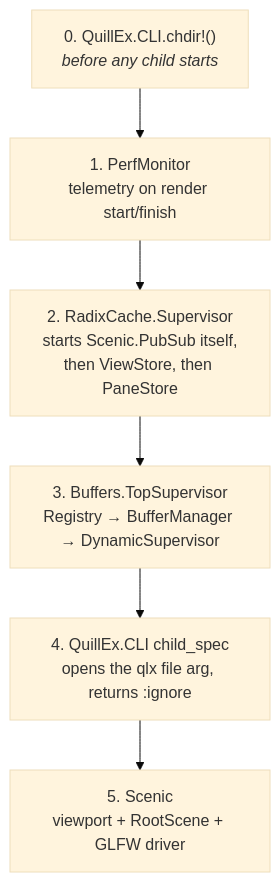
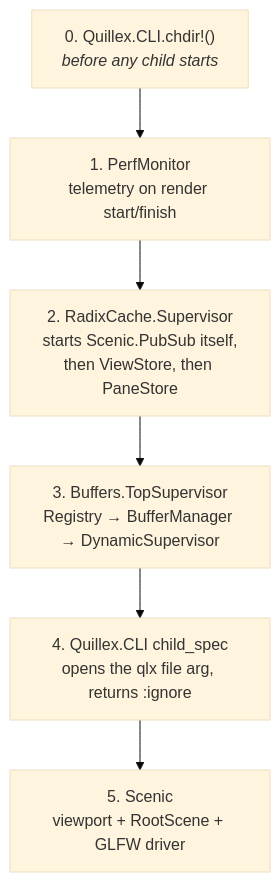
One commit to JediLuke/quillex changed the second of 3 diagrams in docs/CODEBASE_TOUR.md. Above: the diagram before and after it, drawn with Mermaid (base theme). The commit also changed other lines of this file and 105 other files, not shown here.

````diff
--- a/docs/CODEBASE_TOUR.md
+++ b/docs/CODEBASE_TOUR.md
@@ -88,9 +88,9 @@
 ```mermaid
 flowchart TD
-    A["0. QuillEx.CLI.chdir!()<br/><i>before any child starts</i>"] --> B
+    A["0. Quillex.CLI.chdir!()<br/><i>before any child starts</i>"] --> B
     B["1. PerfMonitor<br/>telemetry on render start/finish"] --> C
     C["2. RadixCache.Supervisor<br/>starts Scenic.PubSub itself,<br/>then ViewStore, then PaneStore"] --> D
     D["3. Buffers.TopSupervisor<br/>Registry → BufferManager → DynamicSupervisor"] --> E
-    E["4. QuillEx.CLI child_spec<br/>opens the qlx file arg, returns :ignore"] --> F
+    E["4. Quillex.CLI child_spec<br/>opens the qlx file arg, returns :ignore"] --> F
     F["5. Scenic<br/>viewport + RootScene + GLFW driver"]
 ```
````
